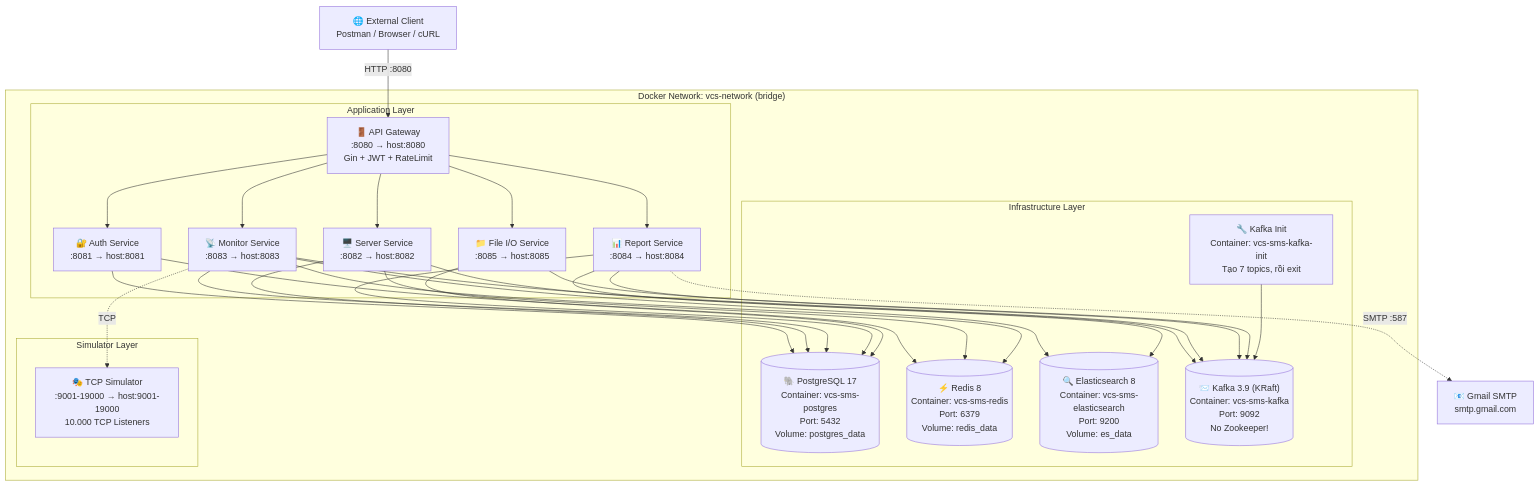
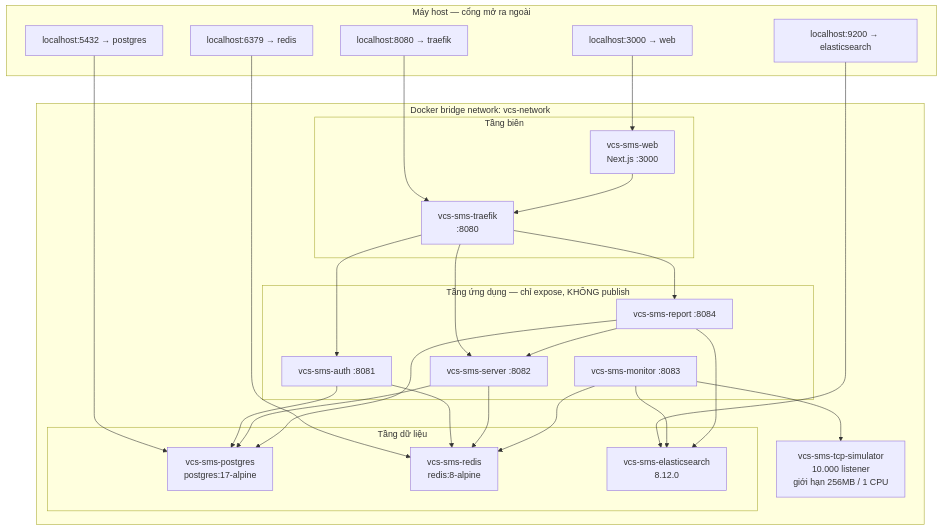
One commit to dwchwang/sms_microservice changed the first of 5 diagrams in .claude/diagrams/deployment-diagram.md. Above: the diagram before and after it, drawn with Mermaid. The commit also changed other lines of this file and 21 other files, not shown here.

````diff
--- a/.claude/diagrams/deployment-diagram.md
+++ b/.claude/diagrams/deployment-diagram.md
@@ -10,55 +9,54 @@
 ```mermaid
 graph TB
-    subgraph "Docker Network: vcs-network (bridge)"
-        
-        subgraph "Infrastructure Layer"
-            PG[("🐘 PostgreSQL 17<br/>Container: vcs-sms-postgres<br/>Port: 5432<br/>Volume: postgres_data")]
-            REDIS[("⚡ Redis 8<br/>Container: vcs-sms-redis<br/>Port: 6379<br/>Volume: redis_data")]
-            ES[("🔍 Elasticsearch 8<br/>Container: vcs-sms-elasticsearch<br/>Port: 9200<br/>Volume: es_data")]
-            KAFKA[("📨 Kafka 3.9 (KRaft)<br/>Container: vcs-sms-kafka<br/>Port: 9092<br/>No Zookeeper!")]
-            KAFKA_INIT["🔧 Kafka Init<br/>Container: vcs-sms-kafka-init<br/>Tạo 7 topics, rồi exit"]
+    subgraph HOST["Máy host — cổng mở ra ngoài"]
+        P1["localhost:3000 → web"]
+        P2["localhost:8080 → traefik"]
+        P3["localhost:5432 → postgres"]
+        P4["localhost:6379 → redis"]
+        P5["localhost:9200 → elasticsearch"]
+    end
+
+    subgraph NET["Docker bridge network: vcs-network"]
+        subgraph TIER1["Tầng biên"]
+            WEB["vcs-sms-web<br/>Next.js :3000"]
+            TRF["vcs-sms-traefik<br/>:8080"]
         end
 
-        subgraph "Application Layer"
-            GW["🚪 API Gateway<br/>:8080 → host:8080<br/>Gin + JWT + RateLimit"]
-            AUTH["🔐 Auth Service<br/>:8081 → host:8081"]
-            SERVER["🖥️ Server Service<br/>:8082 → host:8082"]
-            MONITOR["📡 Monitor Service<br/>:8083 → host:8083"]
-            REPORT["📊 Report Service<br/>:8084 → host:8084"]
-            FILEIO["📁 File I/O Service<br/>:8085 → host:8085"]
+        subgraph TIER2["Tầng ứng dụng — chỉ expose, KHÔNG publish"]
+            AU["vcs-sms-auth :8081"]
+            SV["vcs-sms-server :8082"]
+            MO["vcs-sms-monitor :8083"]
+            RP["vcs-sms-report :8084"]
         end
 
-        subgraph "Simulator Layer"
-            TCPSIM["🎭 TCP Simulator<br/>:9001-19000 → host:9001-19000<br/>10.000 TCP Listeners"]
+        subgraph TIER3["Tầng dữ liệu"]
+            PG["vcs-sms-postgres<br/>postgres:17-alpine"]
+            RD["vcs-sms-redis<br/>redis:8-alpine"]
+            ES["vcs-sms-elasticsearch<br/>8.12.0"]
         end
 
+        SIM["vcs-sms-tcp-simulator<br/>10.000 listener<br/>giới hạn 256MB / 1 CPU"]
     end
 
-    Client["🌐 External Client<br/>Postman / Browser / cURL"] -->|"HTTP :8080"| GW
+    P1 --> WEB
+    P2 --> TRF
+    P3 --> PG
+    P4 --> RD
+    P5 --> ES
 
-    GW --> AUTH
-    GW --> SERVER
-    GW --> MONITOR
-    GW --> REPORT
-    GW --> FILEIO
+    WEB --> TRF
+    TRF --> AU
+    TRF --> SV
+    TRF --> RP
 
-    AUTH --> PG
-    AUTH --> REDIS
-    SERVER --> PG
-    SERVER --> REDIS
-    SERVER --> KAFKA
-    MONITOR --> PG
-    MONITOR --> REDIS
-    MONITOR --> KAFKA
-    MONITOR --> ES
-    MONITOR -.->|"TCP"| TCPSIM
-    REPORT --> PG
-    REPORT --> ES
-    REPORT --> KAFKA
-    FILEIO --> PG
-    FILEIO --> KAFKA
-
-    KAFKA_INIT --> KAFKA
-
-    REPORT -.->|"SMTP :587"| SMTP["📧 Gmail SMTP<br/>smtp.gmail.com"]
+    AU --> PG
+    AU --> RD
+    SV --> PG
+    SV --> RD
+    MO --> RD
+    MO --> ES
+    MO --> SIM
+    RP --> PG
+    RP --> ES
+    RP --> SV
 ```
````
